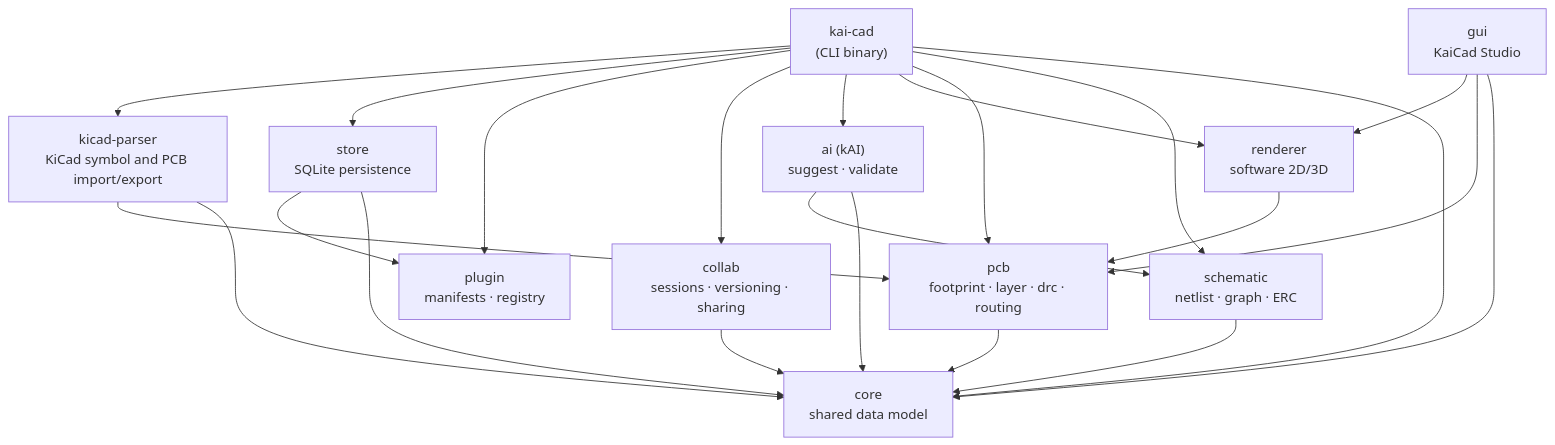
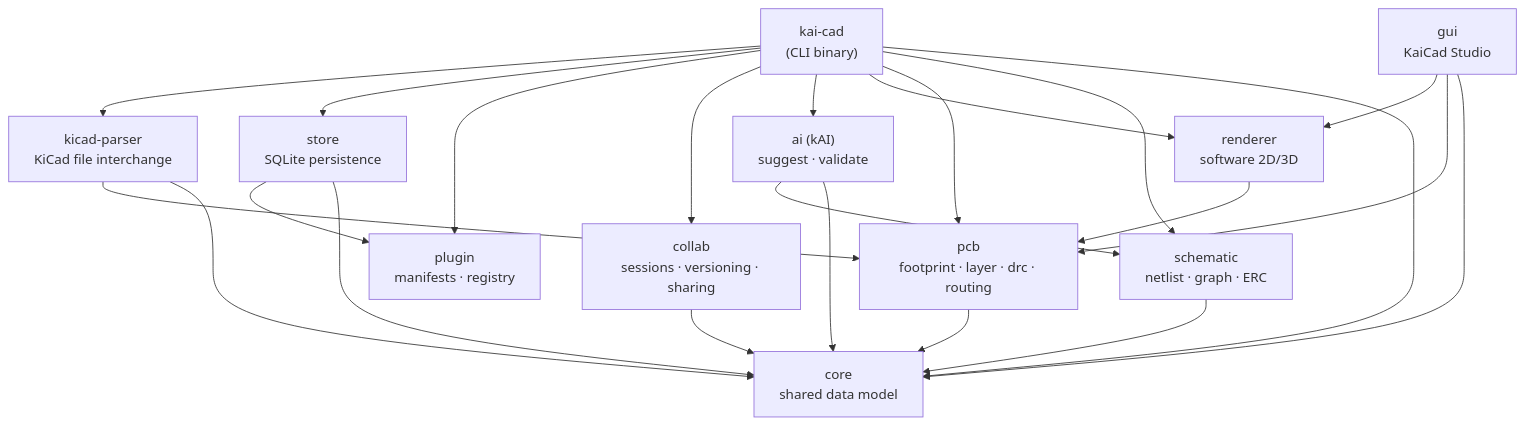
The first of 3 diagrams in docs/ARCHITECTURE.md (sneakylizard123-4/KaiCad), drawn with Mermaid before and after one commit. The commit also changed other lines of this file and 34 other files, not shown here.

````diff
--- a/docs/ARCHITECTURE.md
+++ b/docs/ARCHITECTURE.md
@@ -32,39 +32,39 @@
 ```mermaid
 graph TD
     app["kai-cad<br/>(CLI binary)"]
     gui["gui<br/>KaiCad Studio"]
     core["core<br/>shared data model"]
     schematic["schematic<br/>netlist · graph · ERC"]
     pcb["pcb<br/>footprint · layer · drc · routing"]
     renderer["renderer<br/>software 2D/3D"]
     ai["ai (kAI)<br/>suggest · validate"]
     collab["collab<br/>sessions · versioning · sharing"]
     plugin["plugin<br/>manifests · registry"]
     store["store<br/>SQLite persistence"]
-    kicad_parser["kicad-parser<br/>KiCad symbol and PCB import/export"]
+    kicad_parser["kicad-parser<br/>KiCad file interchange"]
 
     app --> core
     app --> schematic
     app --> pcb
     app --> renderer
     app --> ai
     app --> collab
     app --> plugin
     app --> store
     app --> kicad_parser
 
     gui --> core
     gui --> pcb
     gui --> renderer
 
     kicad_parser --> core
     kicad_parser --> pcb
     schematic --> core
     pcb --> core
     renderer --> pcb
     ai --> core
     ai --> schematic
     collab --> core
     store --> core
     store --> plugin
 ```
````
